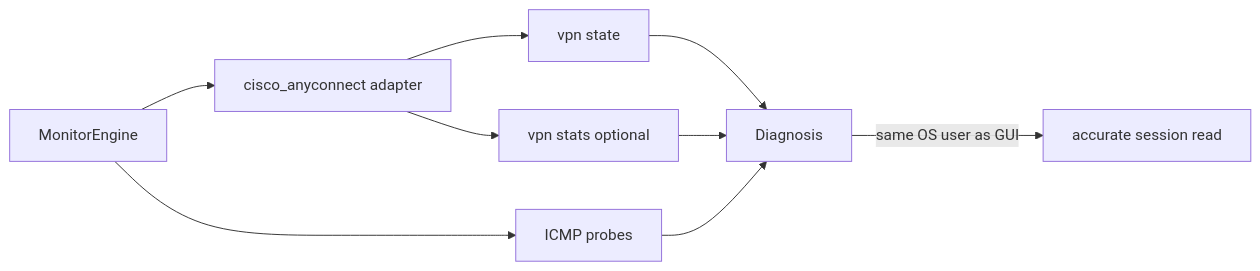
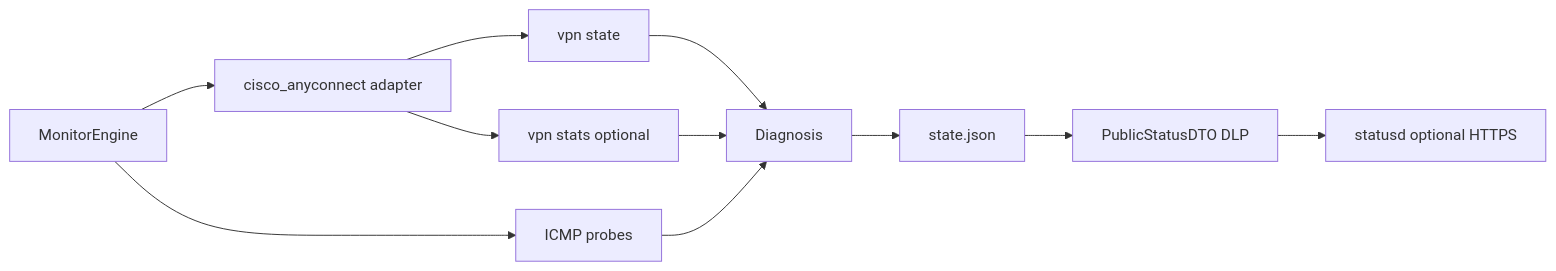
One commit to roto31/Tunnel-Monitor---Universal changed the fourth of 4 diagrams in docs/vpn-solutions/cisco-anyconnect.md. Above: the diagram before and after it, drawn with Mermaid. The commit also changed 63 other files, not shown here.

First line of the commit message:
Add SECURITY.md and optional uvpn-statusd portal (v1.1).

````diff
--- a/docs/vpn-solutions/cisco-anyconnect.md
+++ b/docs/vpn-solutions/cisco-anyconnect.md
@@ -61,11 +61,13 @@
 ```mermaid
 flowchart LR
     E[MonitorEngine] --> A[cisco_anyconnect adapter]
     A --> STATE[vpn state]
     A --> STATS[vpn stats optional]
     E --> P[ICMP probes]
     STATE --> D[Diagnosis]
     STATS --> D
     P --> D
-    D -->|same OS user as GUI| OK[accurate session read]
+    D --> ST[state.json]
+    ST --> RED[PublicStatusDTO DLP]
+    RED --> SD[statusd optional HTTPS]
 ```
````
